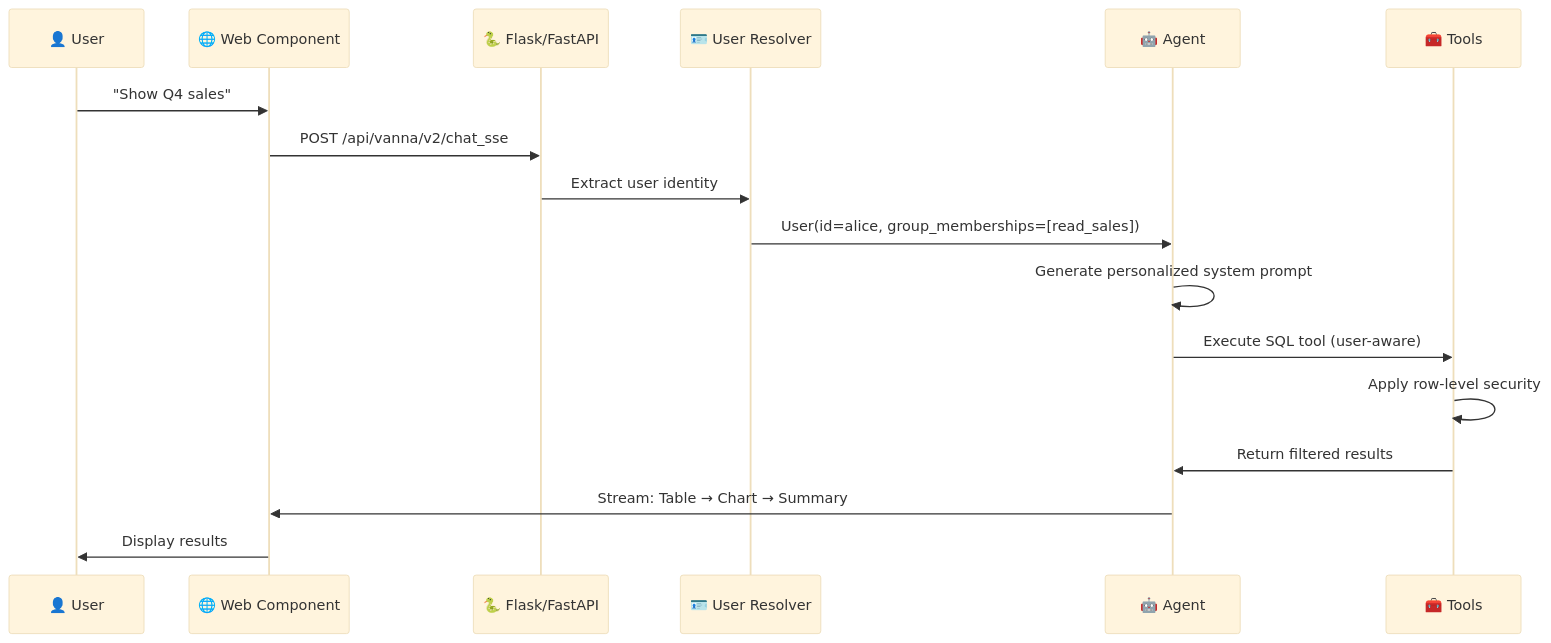
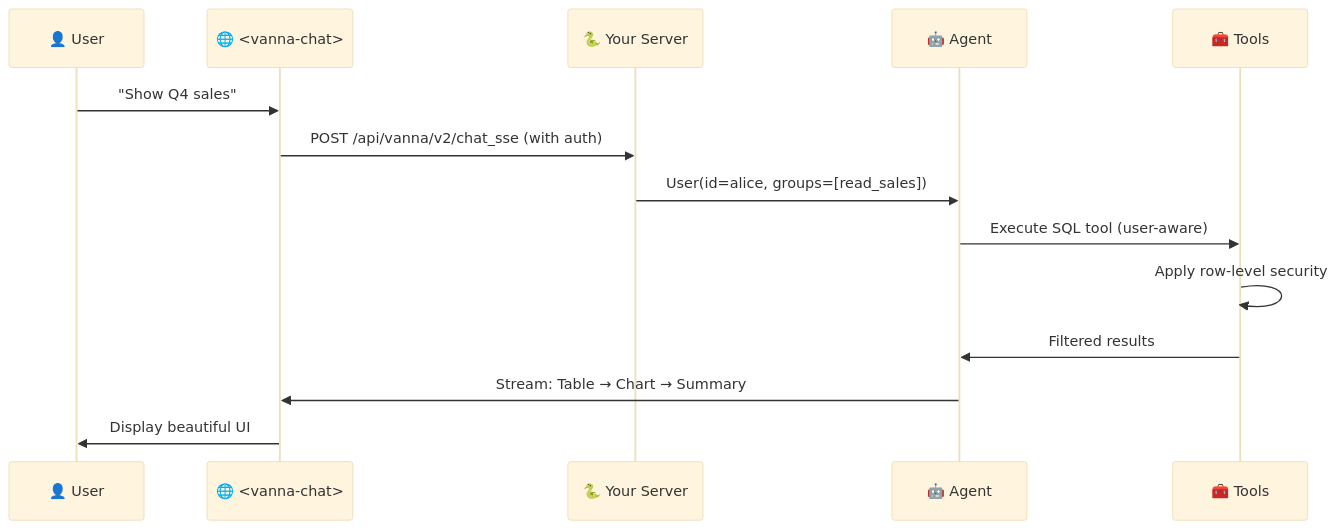
One commit to vanna-ai/vanna changed the diagram in README.md. Above: the diagram before and after it, drawn with Mermaid (base theme). The commit also changed other lines of this file, not shown here.

````diff
--- a/README.md
+++ b/README.md
@@ -100,20 +116,17 @@
 ```mermaid
 sequenceDiagram
     participant U as 👤 User
-    participant W as 🌐 Web Component
-    participant S as 🐍 Flask/FastAPI
-    participant R as 🪪 User Resolver
+    participant W as 🌐 <vanna-chat>
+    participant S as 🐍 Your Server
     participant A as 🤖 Agent
     participant T as 🧰 Tools
 
     U->>W: "Show Q4 sales"
-    W->>S: POST /api/vanna/v2/chat_sse
-    S->>R: Extract user identity
-    R->>A: User(id=alice, group_memberships=[read_sales])
-    A->>A: Generate personalized system prompt
+    W->>S: POST /api/vanna/v2/chat_sse (with auth)
+    S->>A: User(id=alice, groups=[read_sales])
     A->>T: Execute SQL tool (user-aware)
     T->>T: Apply row-level security
-    T->>A: Return filtered results
+    T->>A: Filtered results
     A->>W: Stream: Table → Chart → Summary
-    W->>U: Display results
+    W->>U: Display beautiful UI
 ```
````
